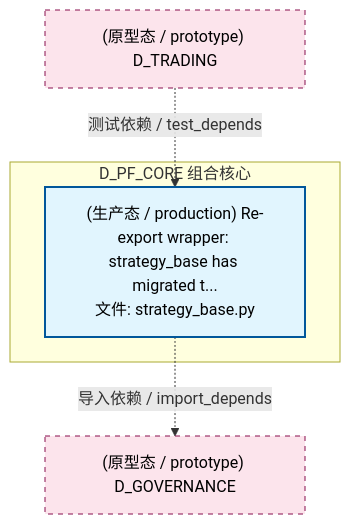
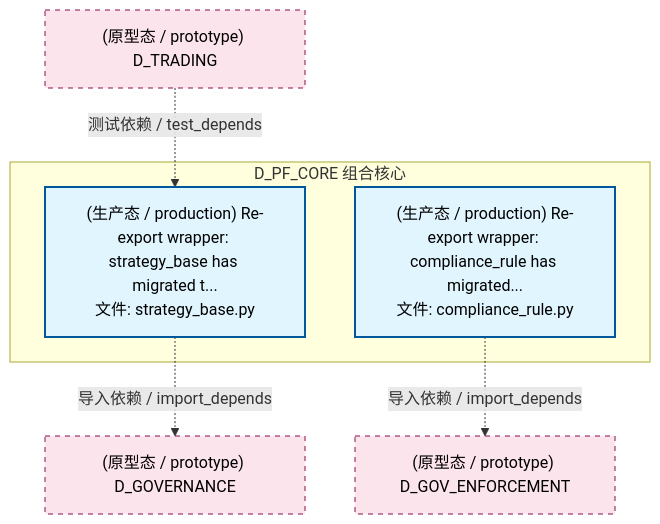
The second of 4 diagrams in docs/02_enterprise_architecture/02_domain_architecture_docs/52_d_pf_core.md (xuanFelixVan/ZephyrAlpha), drawn with Mermaid before and after one commit. The commit also changed other lines of this file and 126 other files, not shown here.

````diff
--- a/docs/02_enterprise_architecture/02_domain_architecture_docs/52_d_pf_core.md
+++ b/docs/02_enterprise_architecture/02_domain_architecture_docs/52_d_pf_core.md
@@ -112,16 +113,19 @@
 ```mermaid
 graph TD
     subgraph D_PF_CORE["D_PF_CORE 组合核心"]
+        src_zephyr_pf_core_compliance_rule_py["(生产态 / production) Re-export wrapper: compliance_rule has migrated...<br/>文件: compliance_rule.py"]
         src_zephyr_pf_core_strategy_base_py["(生产态 / production) Re-export wrapper: strategy_base has migrated t...<br/>文件: strategy_base.py"]
     end
     D_GOVERNANCE["(原型态 / prototype) D_GOVERNANCE"]
     src_zephyr_pf_core_strategy_base_py -.->|导入依赖 / import_depends| D_GOVERNANCE
+    D_GOV_ENFORCEMENT["(原型态 / prototype) D_GOV_ENFORCEMENT"]
+    src_zephyr_pf_core_compliance_rule_py -.->|导入依赖 / import_depends| D_GOV_ENFORCEMENT
     D_TRADING["(原型态 / prototype) D_TRADING"]
     D_TRADING -.->|测试依赖 / test_depends| src_zephyr_pf_core_strategy_base_py
     classDef production fill:#e1f5fe,stroke:#01579b,stroke-width:2px,color:#000
     classDef design fill:#fff3e0,stroke:#e65100,stroke-width:2px,color:#000,stroke-dasharray: 5 5
     classDef external_prod fill:#e8f5e9,stroke:#1b5e20,stroke-width:1px,color:#000
     classDef external_design fill:#fce4ec,stroke:#880e4f,stroke-width:1px,color:#000,stroke-dasharray: 5 5
-    class src_zephyr_pf_core_strategy_base_py production
-    class D_GOVERNANCE,D_TRADING external_design
+    class src_zephyr_pf_core_compliance_rule_py,src_zephyr_pf_core_strategy_base_py production
+    class D_GOVERNANCE,D_GOV_ENFORCEMENT,D_TRADING external_design
 ```
````
